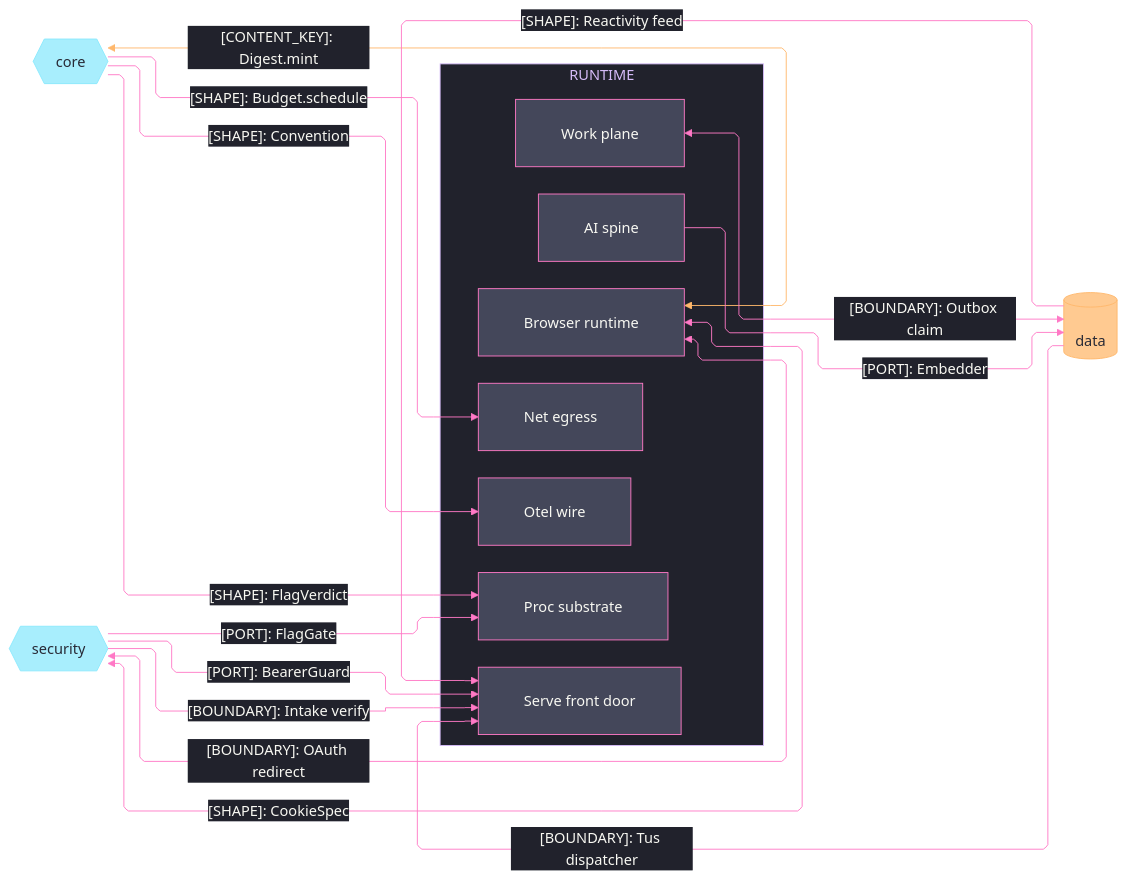
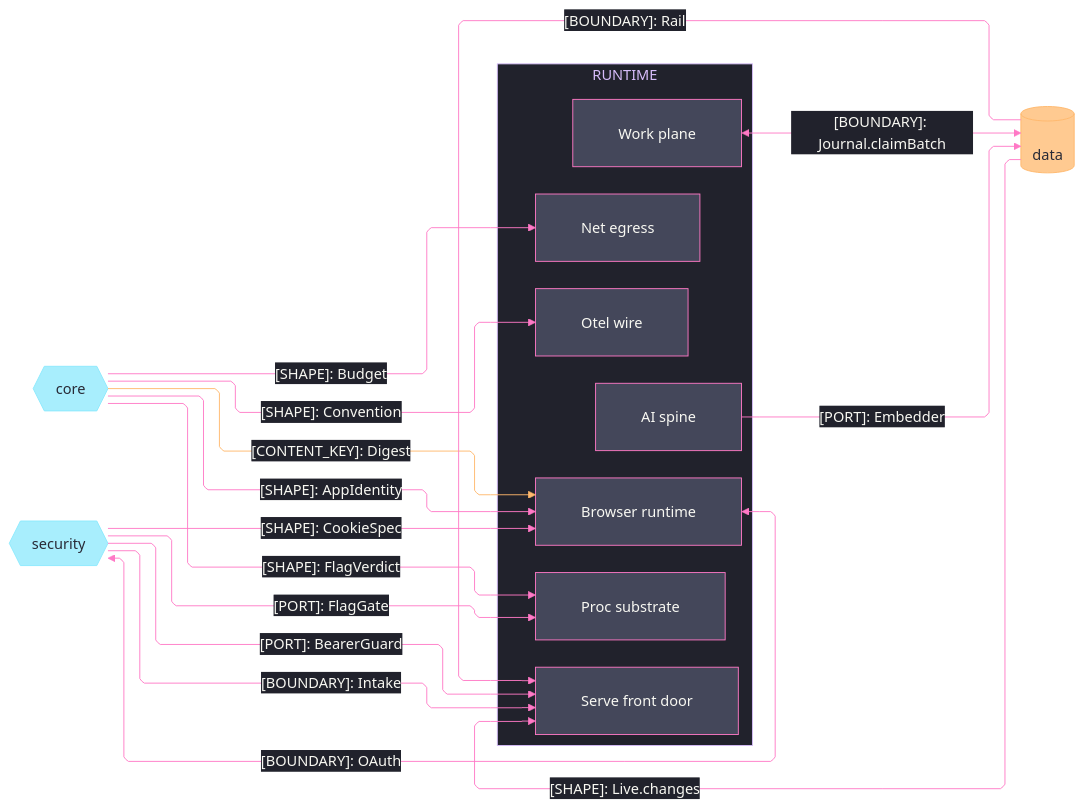
Before and after one commit to bsamiee/Rasm: the second of 3 diagrams in libs/typescript/runtime/ARCHITECTURE.md, drawn with Mermaid. The commit also changed other lines of this file and 24 other files, not shown here.

Commit message:
architecture: seam registries + codemaps aligned across the estate (worker fabric edges, scene rows, csharp/ts seam mirrors)

````diff
--- a/libs/typescript/runtime/ARCHITECTURE.md
+++ b/libs/typescript/runtime/ARCHITECTURE.md
@@ -53,66 +127,67 @@
 ```mermaid
 ---
 config:
   theme: base
   look: classic
   layout: elk
   flowchart:
     curve: linear
     padding: 25
   themeVariables:
     darkMode: true
     fontFamily: "SF Mono, Menlo, Cascadia Mono, Segoe UI Mono, Consolas, monospace"
     useGradient: false
     dropShadow: "none"
     background: "#282A36"
     primaryColor: "#44475A"
     primaryTextColor: "#F8F8F2"
     primaryBorderColor: "#BD93F9"
     lineColor: "#FF79C6"
     textColor: "#F8F8F2"
     clusterBkg: "#21222C"
     clusterBorder: "#D6BCFA"
     edgeLabelBackground: "#21222C"
     labelBackgroundColor: "#21222C"
     titleColor: "#D6BCFA"
   themeCSS: ".nodeLabel{font-size:13px;font-weight:500}.edgeLabel{font-size:12px;font-weight:500}.cluster-label .nodeLabel{font-size:13.5px;font-weight:700;letter-spacing:.08em}.edge-thickness-normal{stroke-width:2px}.edge-thickness-thick{stroke-width:3px}.edge-pattern-dashed,.edge-pattern-dotted{stroke-width:1.5px;stroke-dasharray:4 6}.node rect,.node circle,.node polygon,.node path,.node .outer-path{stroke-width:1.5px;filter:none!important}.cluster rect{stroke-width:1px!important;stroke-dasharray:5 4!important;filter:none!important}.marker path{transform:scale(.8);transform-origin:5px 5px}.marker circle{transform:scale(.48);transform-origin:5px 5px}.edgeLabel rect{transform-box:fill-box;transform-origin:center;transform:scale(1.1,1.2)}"
 ---
 flowchart LR
     accTitle: Runtime domain-peer seam registry
     accDescr: Runtime sub-domain owners exchanging flag, budget, convention, identity, custody, and durable-store shapes with the core, security, and data TypeScript domain peers, edge rails colored by kind and nodes classed by seam direction.
     subgraph runtime[RUNTIME]
         Proc[Proc substrate]
         Net[Net egress]
         Otel[Otel wire]
         Browser[Browser runtime]
         Serve[Serve front door]
         Work[Work plane]
         Ai[AI spine]
     end
     Core{{core}}
     Security{{security}}
     Data[(data)]
     Core e1@-->|"[SHAPE]: FlagVerdict"| Proc
-    Core e2@-->|"[SHAPE]: Budget.schedule"| Net
+    Core e2@-->|"[SHAPE]: Budget"| Net
     Core e3@-->|"[SHAPE]: Convention"| Otel
-    Browser e4@<-->|"[CONTENT_KEY]: Digest.mint"| Core
-    Browser e5@<-->|"[SHAPE]: CookieSpec"| Security
-    Browser e6@<-->|"[BOUNDARY]: OAuth redirect"| Security
+    Core e4@-->|"[CONTENT_KEY]: Digest"| Browser
+    Core e14@-->|"[SHAPE]: AppIdentity"| Browser
+    Security e5@-->|"[SHAPE]: CookieSpec"| Browser
+    Browser e6@<-->|"[BOUNDARY]: OAuth"| Security
     Security e7@-->|"[PORT]: BearerGuard"| Serve
-    Security e8@-->|"[BOUNDARY]: Intake verify"| Serve
+    Security e8@-->|"[BOUNDARY]: Intake"| Serve
     Security e13@-->|"[PORT]: FlagGate"| Proc
-    Data e9@-->|"[BOUNDARY]: Tus dispatcher"| Serve
-    Data e10@-->|"[SHAPE]: Reactivity feed"| Serve
-    Work e11@<-->|"[BOUNDARY]: Outbox claim"| Data
+    Data e9@-->|"[BOUNDARY]: Rail"| Serve
+    Data e10@-->|"[SHAPE]: Live.changes"| Serve
+    Work e11@<-->|"[BOUNDARY]: Journal.claimBatch"| Data
     Ai e12@-->|"[PORT]: Embedder"| Data
     classDef primary fill:#44475A,stroke:#FF79C6,color:#F8F8F2
     classDef external fill:#8BE9FDBF,stroke:#8BE9FD,color:#282A36
     classDef data fill:#FFB86CBF,stroke:#FFB86C,color:#282A36
     classDef edgeData stroke:#FFB86C,color:#F8F8F2
     classDef edgeControl stroke:#FF79C6,color:#F8F8F2
     class Proc,Net,Otel,Browser,Serve,Work,Ai primary
     class Core,Security external
     class Data data
     class e4 edgeData
-    class e1,e2,e3,e5,e6,e7,e8,e9,e10,e11,e12,e13 edgeControl
+    class e1,e2,e3,e5,e6,e7,e8,e9,e10,e11,e12,e13,e14 edgeControl
 ```
````
